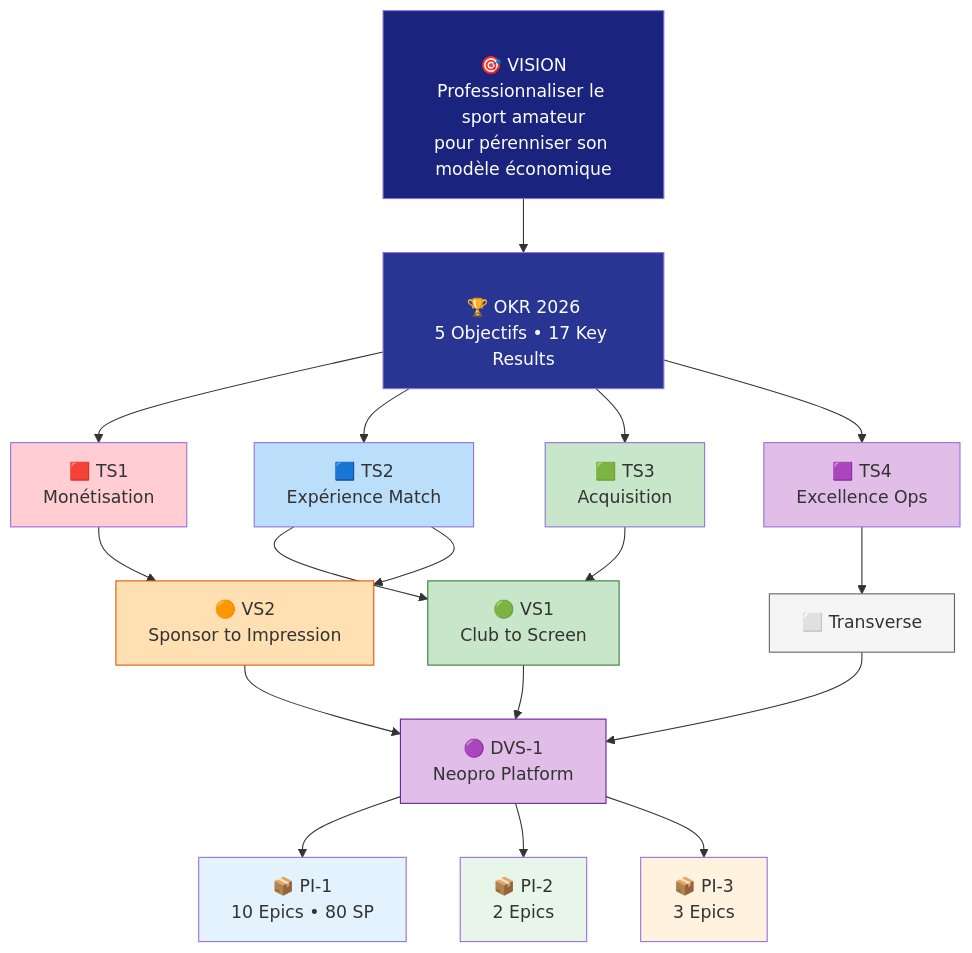
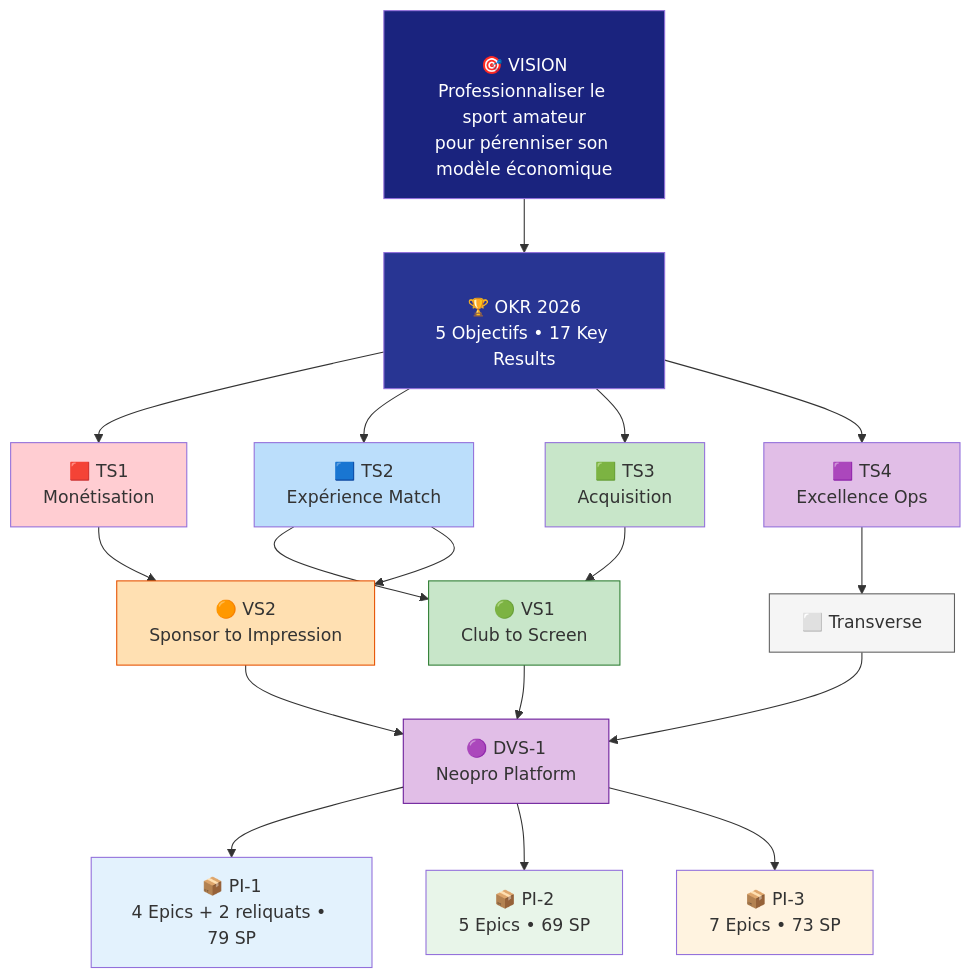
Before and after one commit to Tallec7/madxp: the first of 4 diagrams in docs/safe/PORTFOLIO.md, drawn with Mermaid. The commit also changed other lines of this file and 22 other files, not shown here.

````diff
--- a/docs/safe/PORTFOLIO.md
+++ b/docs/safe/PORTFOLIO.md
@@ -11,39 +11,39 @@
 ```mermaid
 flowchart TB
     VISION["\n🎯 VISION\nProfessionnaliser le sport amateur\npour pérenniser son modèle économique\n"]
 
     VISION --> OKR["\n🏆 OKR 2026\n5 Objectifs • 17 Key Results\n"]
 
     OKR --> TS1["🟥 TS1\nMonétisation"]
     OKR --> TS2["🟦 TS2\nExpérience Match"]
     OKR --> TS3["🟩 TS3\nAcquisition"]
     OKR --> TS4["🟪 TS4\nExcellence Ops"]
 
     TS1 --> VS2["🟠 VS2\nSponsor to Impression"]
     TS2 --> VS1["🟢 VS1\nClub to Screen"]
     TS2 --> VS2
     TS3 --> VS1
     TS4 --> TRANS["⬜ Transverse"]
 
     VS1 --> DVS["🟣 DVS-1\nNeopro Platform"]
     VS2 --> DVS
     TRANS --> DVS
 
-    DVS --> PI1["📦 PI-1\n10 Epics • 80 SP"]
-    DVS --> PI2["📦 PI-2\n2 Epics"]
-    DVS --> PI3["📦 PI-3\n3 Epics"]
+    DVS --> PI1["📦 PI-1\n4 Epics + 2 reliquats • 79 SP"]
+    DVS --> PI2["📦 PI-2\n5 Epics • 69 SP"]
+    DVS --> PI3["📦 PI-3\n7 Epics • 73 SP"]
 
     style VISION fill:#1a237e,color:#fff
     style OKR fill:#283593,color:#fff
     style TS1 fill:#ffcdd2
     style TS2 fill:#bbdefb
     style TS3 fill:#c8e6c9
     style TS4 fill:#e1bee7
     style VS1 fill:#c8e6c9,stroke:#2e7d32
     style VS2 fill:#ffe0b2,stroke:#e65100
     style TRANS fill:#f5f5f5,stroke:#616161
     style DVS fill:#e1bee7,stroke:#6a1b9a
     style PI1 fill:#e3f2fd
     style PI2 fill:#e8f5e9
     style PI3 fill:#fff3e0
 ```
````
